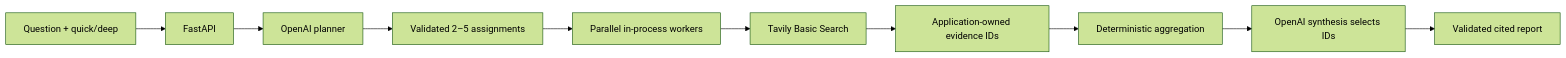
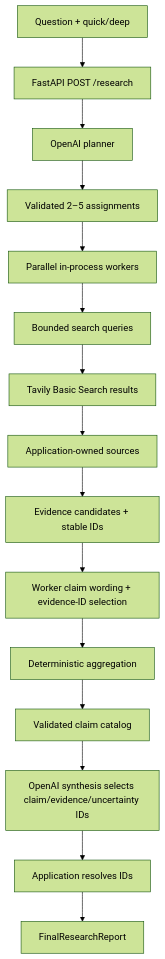
One commit to marvinjbb/research-agent changed the diagram in README.md. Above: the diagram before and after it, drawn with Mermaid (forest theme). The commit also changed other lines of this file and 7 other files, not shown here.

````diff
--- a/README.md
+++ b/README.md
@@ -49,12 +75,17 @@
 ```mermaid
-flowchart LR
-    U[Question + quick/deep] --> API[FastAPI]
+flowchart TD
+    U[Question + quick/deep] --> API[FastAPI POST /research]
     API --> P[OpenAI planner]
     P --> V[Validated 2–5 assignments]
     V --> W[Parallel in-process workers]
-    W --> T[Tavily Basic Search]
-    T --> E[Application-owned evidence IDs]
-    E --> A[Deterministic aggregation]
-    A --> S[OpenAI synthesis selects IDs]
-    S --> R[Validated cited report]
+    W --> Q[Bounded search queries]
+    Q --> T[Tavily Basic Search results]
+    T --> S[Application-owned sources]
+    S --> E[Evidence candidates + stable IDs]
+    E --> WC[Worker claim wording + evidence-ID selection]
+    WC --> A[Deterministic aggregation]
+    A --> C[Validated claim catalog]
+    C --> SY[OpenAI synthesis selects claim/evidence/uncertainty IDs]
+    SY --> R[Application resolves IDs]
+    R --> F[FinalResearchReport]
 ```
````
